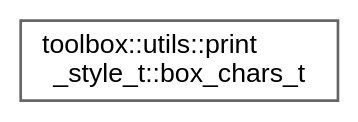
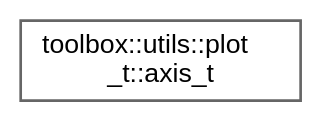
One commit to nerdneilsfield/cpp-toolbox changed the diagram in inherit_graph_181.dot. Above: the diagram before and after it, drawn with Graphviz. The commit also changed 282 other files, not shown here.

```diff
--- a/inherit_graph_181.dot
+++ b/inherit_graph_181.dot
@@ -1,9 +1,9 @@
 digraph "Graphical Class Hierarchy"
 {
  // LATEX_PDF_SIZE
   bgcolor="transparent";
   edge [fontname=Helvetica,fontsize=10,labelfontname=Helvetica,labelfontsize=10];
   node [fontname=Helvetica,fontsize=10,shape=box,height=0.2,width=0.4];
   rankdir="LR";
-  Node0 [id="Node000000",label="toolbox::utils::print\l_style_t::box_chars_t",height=0.2,width=0.4,color="grey40", fillcolor="white", style="filled",URL="$structtoolbox_1_1utils_1_1print__style__t_1_1box__chars__t.html",tooltip=" "];
+  Node0 [id="Node000000",label="toolbox::utils::plot\l_t::axis_t",height=0.2,width=0.4,color="grey40", fillcolor="white", style="filled",URL="$structtoolbox_1_1utils_1_1plot__t_1_1axis__t.html",tooltip=" "];
 }
```
